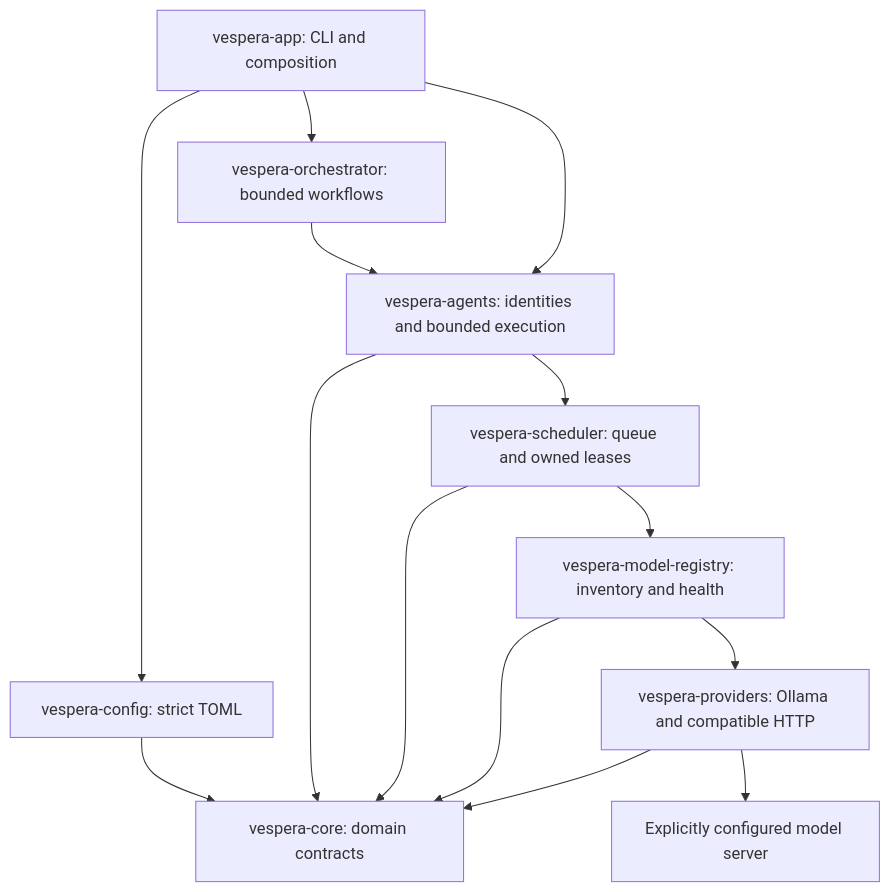
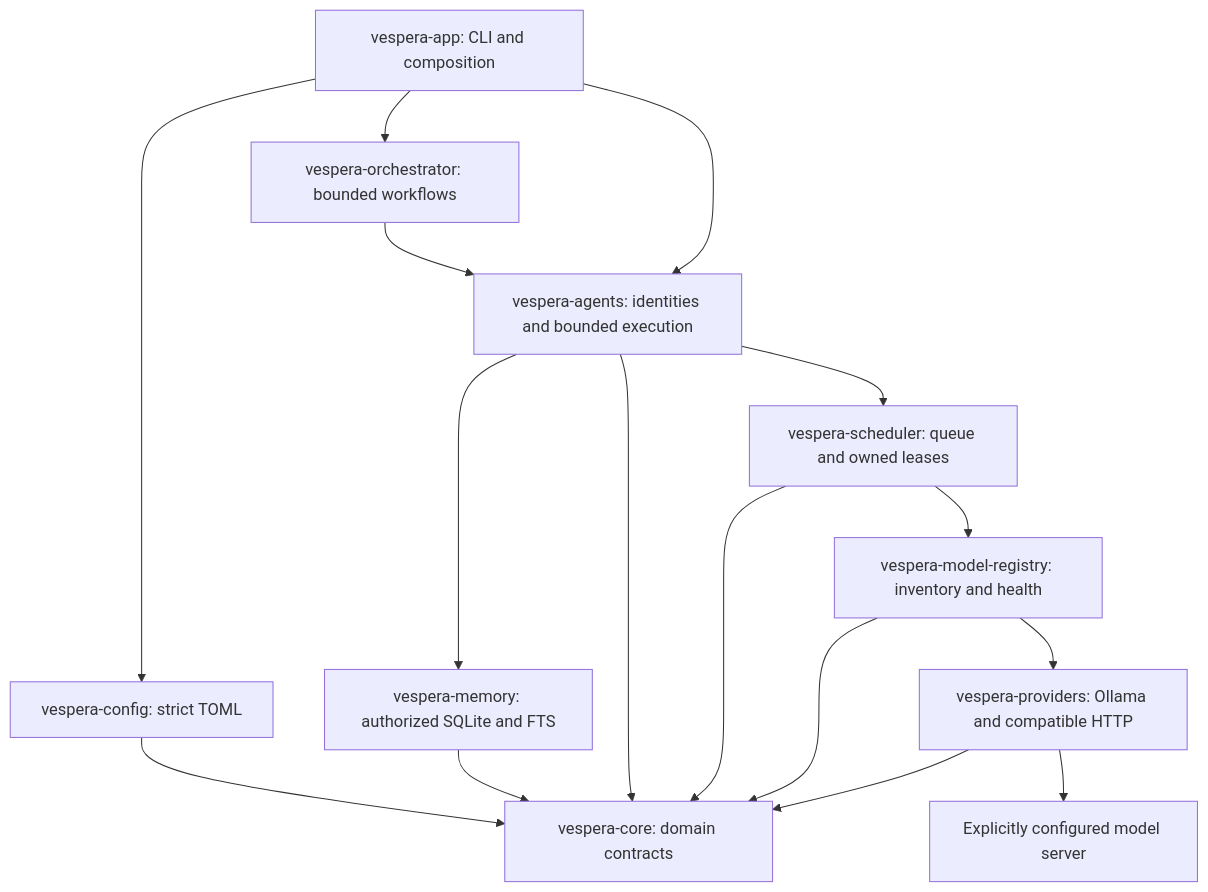
The diagram in README.md (ShamelesAbyss/Vespera), drawn with Mermaid before and after one commit. The commit also changed other lines of this file and 19 other files, not shown here.

Commit message:
feat: persist authorized agent memory with SQLite and bounded retrieval

````diff
--- a/README.md
+++ b/README.md
@@ -11,16 +11,18 @@
 ```mermaid
 flowchart TD
     CLI[vespera-app: CLI and composition] --> Config[vespera-config: strict TOML]
     CLI --> Orchestrator[vespera-orchestrator: bounded workflows]
     Orchestrator --> Agents
     CLI --> Agents[vespera-agents: identities and bounded execution]
     Agents --> Scheduler[vespera-scheduler: queue and owned leases]
     Scheduler --> Registry[vespera-model-registry: inventory and health]
     Registry --> Providers[vespera-providers: Ollama and compatible HTTP]
     Providers --> Backend[Explicitly configured model server]
     Config --> Core[vespera-core: domain contracts]
+    Agents --> Memory[vespera-memory: authorized SQLite and FTS]
+    Memory --> Core
     Agents --> Core
     Scheduler --> Core
     Registry --> Core
     Providers --> Core
 ```
````
